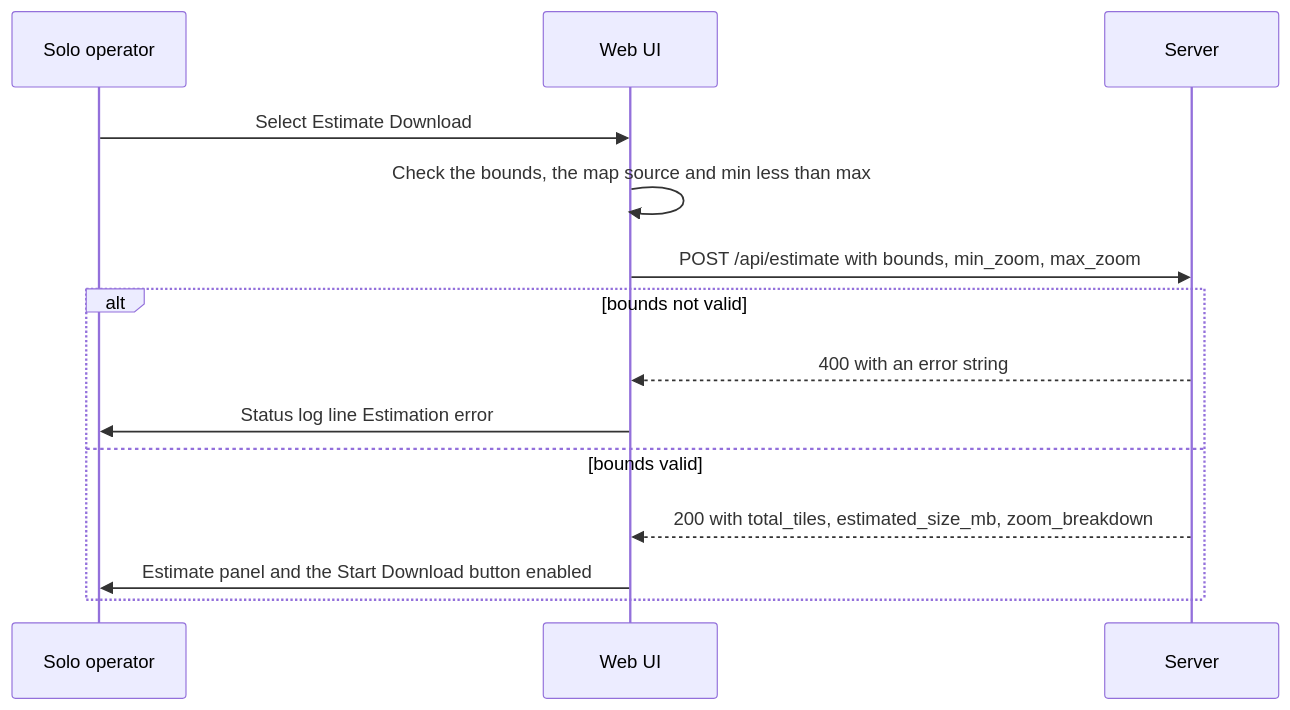
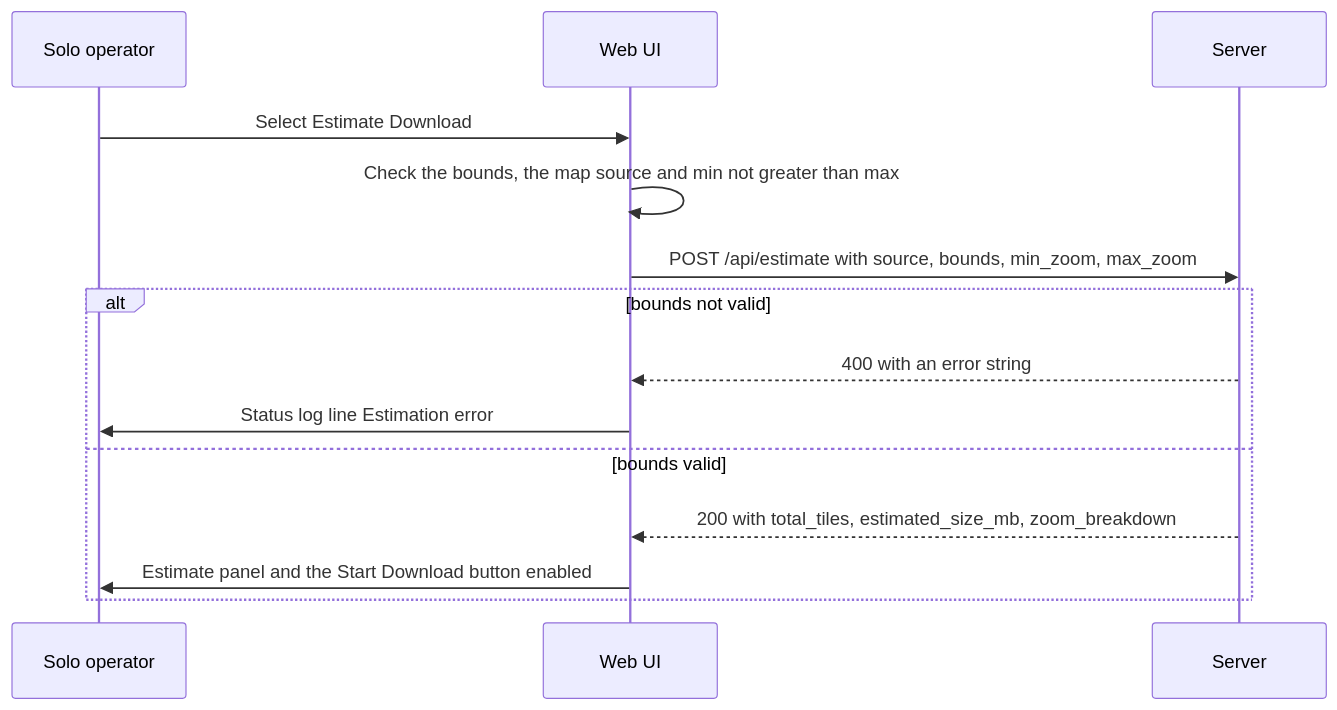
One commit to Crank-Git/ATAKMapDownloader changed the second of 2 diagrams in docs/specs/features/02-area-estimate.md. Above: the diagram before and after it, drawn with Mermaid. The commit also changed other lines of this file and 7 other files, not shown here.

````diff
--- a/docs/specs/features/02-area-estimate.md
+++ b/docs/specs/features/02-area-estimate.md
@@ -105,16 +107,16 @@
 ```mermaid
 sequenceDiagram
     participant U as Solo operator
     participant W as Web UI
     participant S as Server
     U->>W: Select Estimate Download
-    W->>W: Check the bounds, the map source and min less than max
-    W->>S: POST /api/estimate with bounds, min_zoom, max_zoom
+    W->>W: Check the bounds, the map source and min not greater than max
+    W->>S: POST /api/estimate with source, bounds, min_zoom, max_zoom
     alt bounds not valid
         S-->>W: 400 with an error string
         W->>U: Status log line Estimation error
     else bounds valid
         S-->>W: 200 with total_tiles, estimated_size_mb, zoom_breakdown
         W->>U: Estimate panel and the Start Download button enabled
     end
 ```
````
